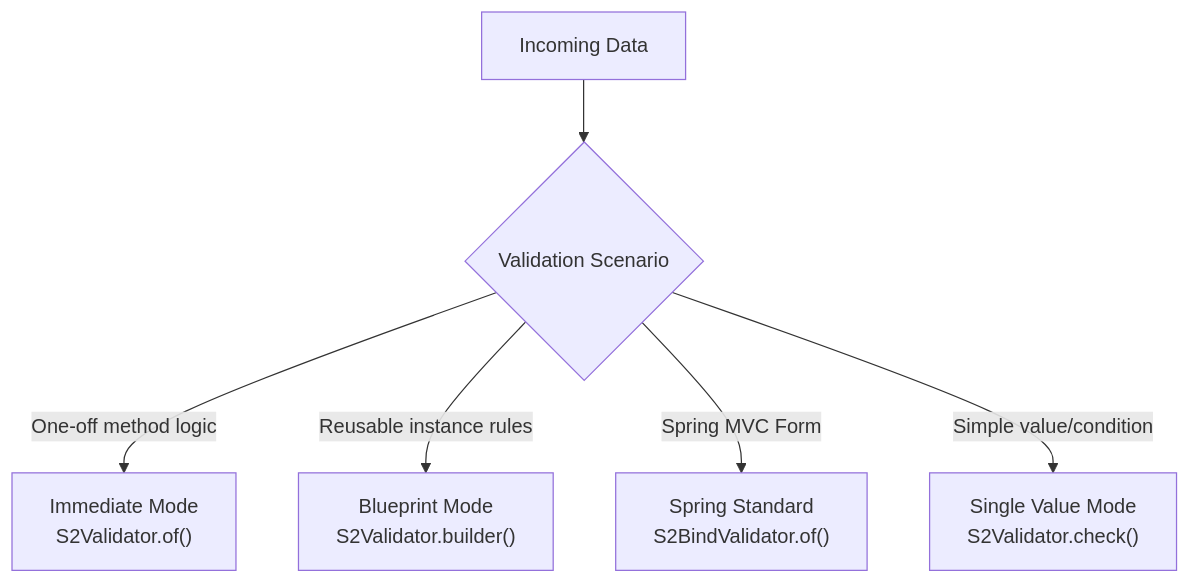
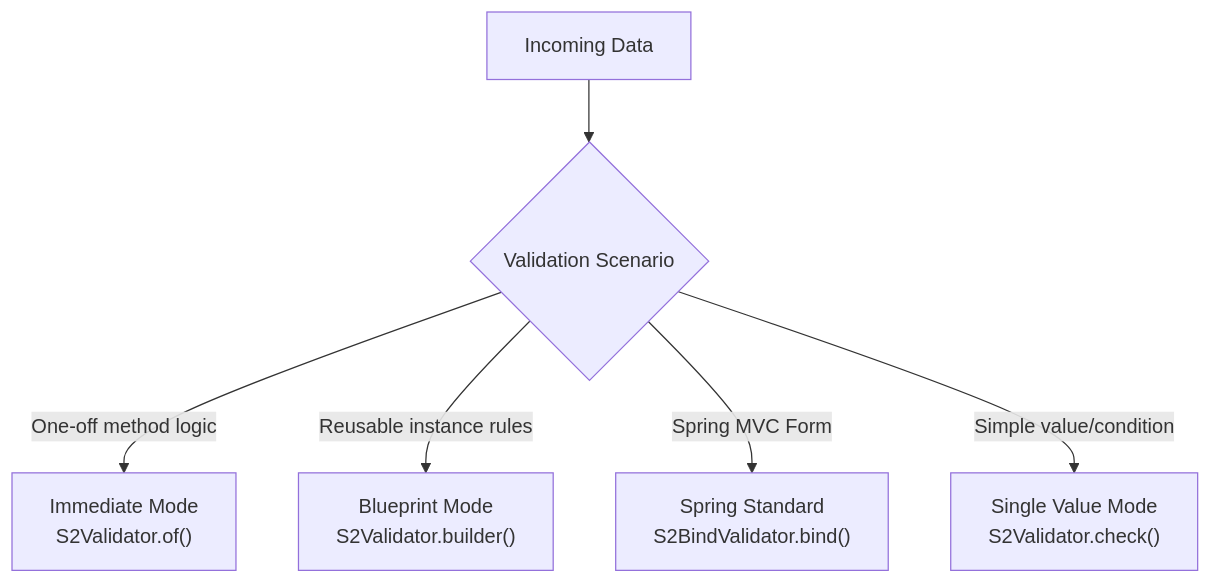
One commit to devers2/s2-util changed the first of 2 diagrams in MANUAL.md. Above: the diagram before and after it, drawn with Mermaid. The commit also changed other lines of this file and 16 other files, not shown here.

First line of the commit message:
refactor(validator)!: rename S2BindValidator.of() to bind() and bind once in doc examples

````diff
--- a/MANUAL.md
+++ b/MANUAL.md
@@ -158,8 +158,8 @@
 ```mermaid
 flowchart TD
     Req["Incoming Data"] --> Choice{"Validation Scenario"}
     Choice -->|"One-off method logic"| A["Immediate Mode<br>S2Validator.of()"]
     Choice -->|"Reusable instance rules"| B["Blueprint Mode<br>S2Validator.builder()"]
-    Choice -->|"Spring MVC Form"| C["Spring Standard<br>S2BindValidator.of()"]
+    Choice -->|"Spring MVC Form"| C["Spring Standard<br>S2BindValidator.bind()"]
     Choice -->|"Simple value/condition"| D["Single Value Mode<br>S2Validator.check()"]
 ```
````
